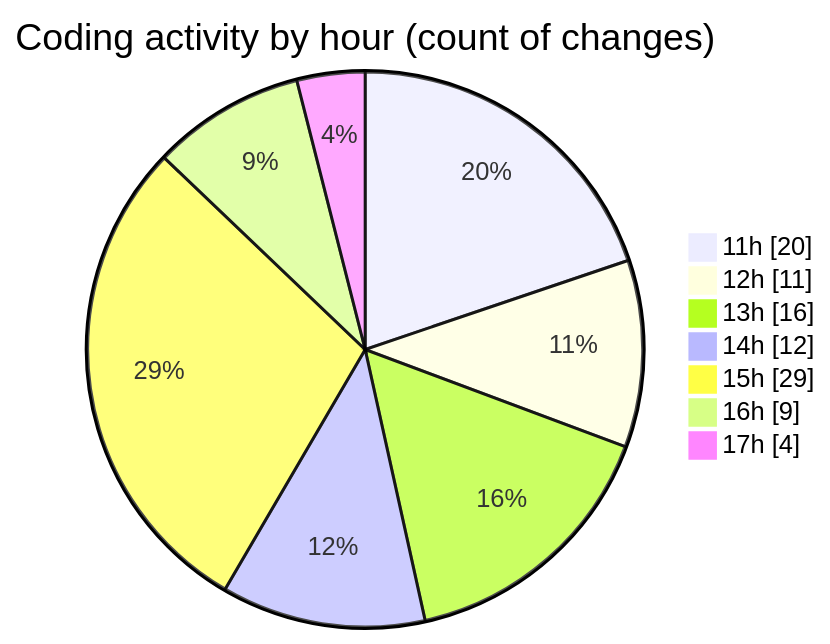
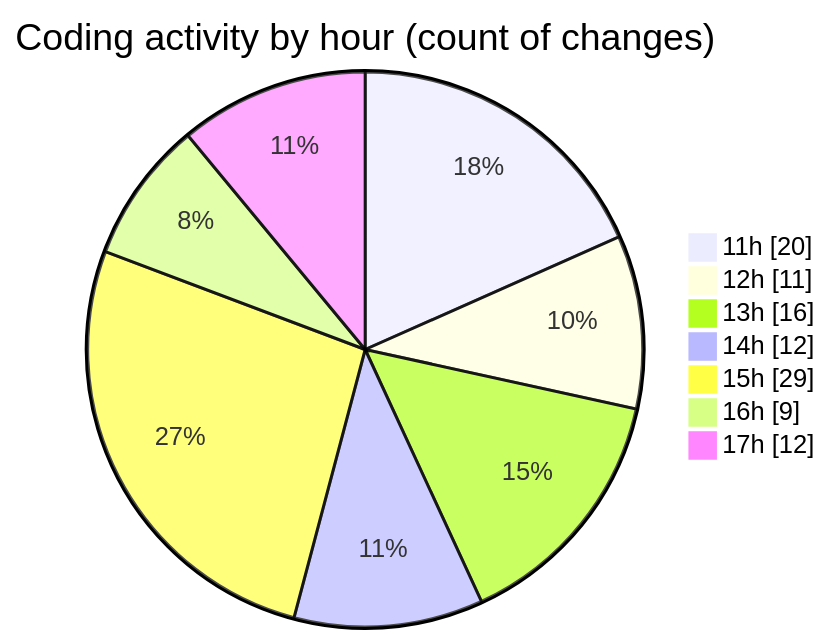
One commit to nxtqubesakshisongat/code-tracking changed the second of 2 diagrams in 2025-09-24/nxtqube_webapp/README.md. Above: the diagram before and after it, drawn with Mermaid. The commit also changed other lines of this file and 1 other file, not shown here.

````diff
--- a/2025-09-24/nxtqube_webapp/README.md
+++ b/2025-09-24/nxtqube_webapp/README.md
@@ -32,11 +32,11 @@
 ```mermaid
 pie showData
 title Coding activity by hour (count of changes)
 "11h" : 20
 "12h" : 11
 "13h" : 16
 "14h" : 12
 "15h" : 29
 "16h" : 9
-"17h" : 4
+"17h" : 12
 ```
````
